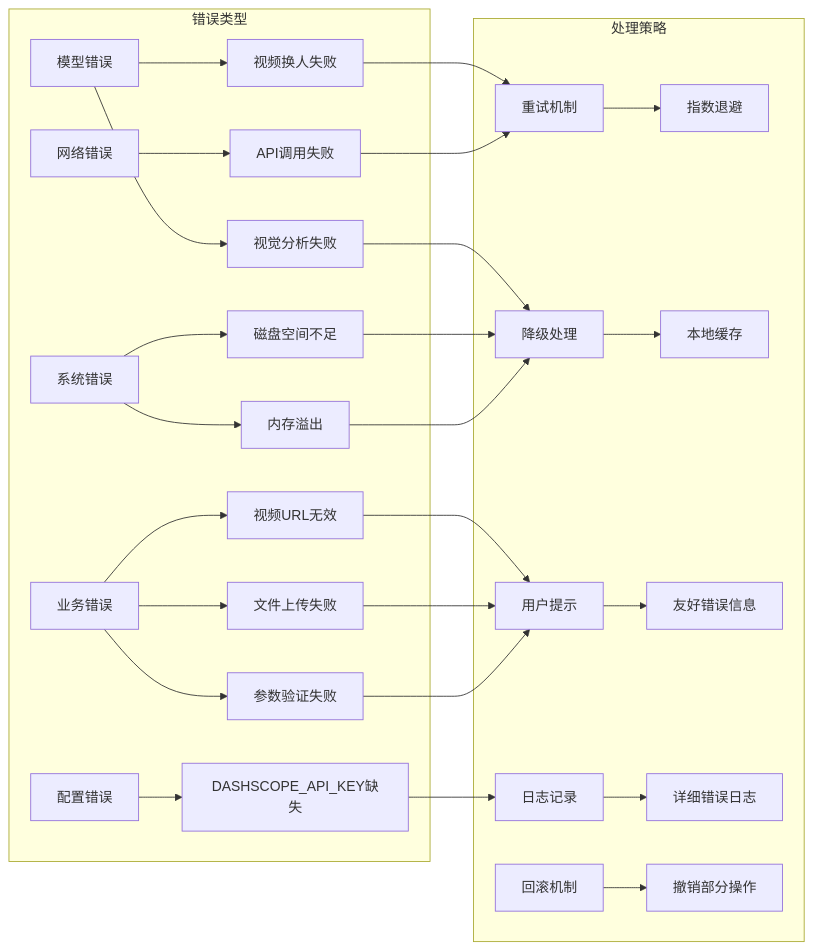
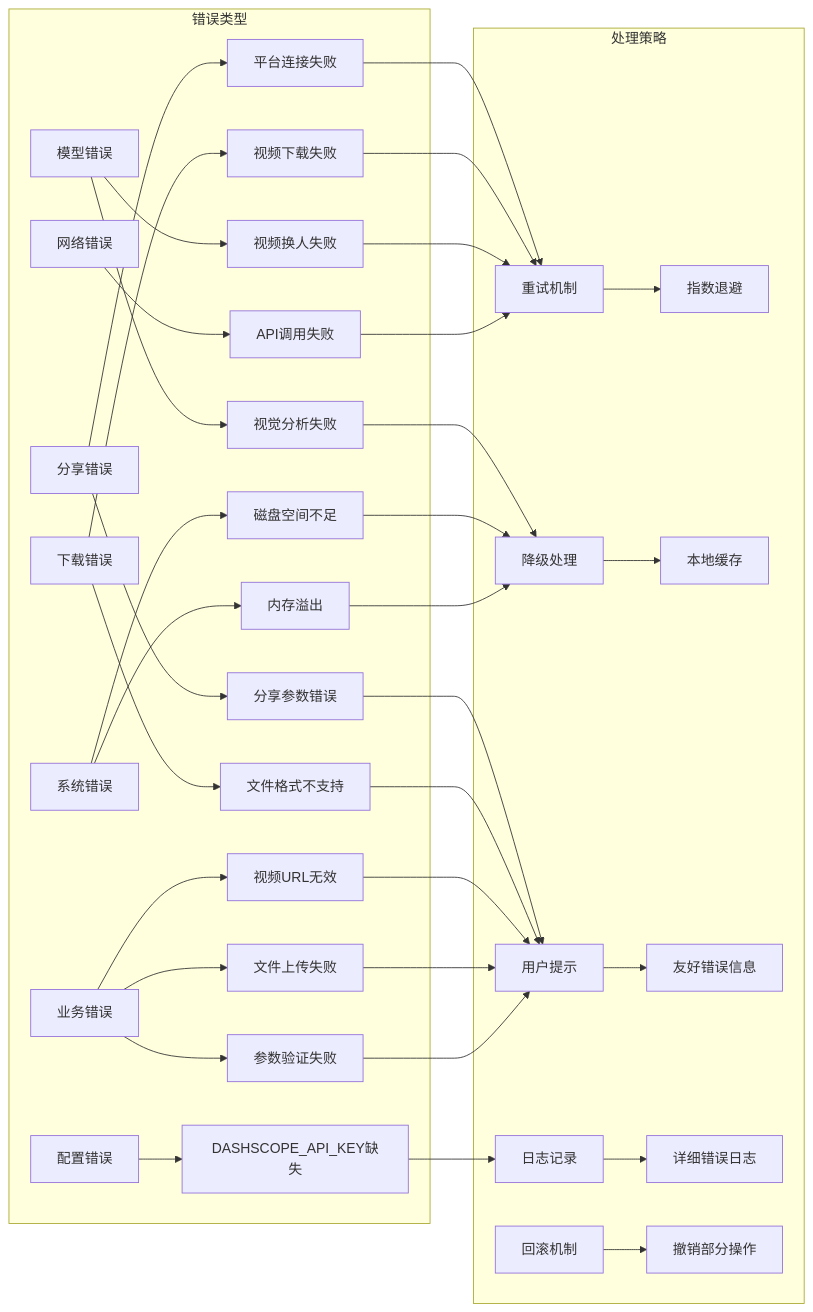
One commit to zuozuoliu740-cmd/xianxiong-news changed the sixth of 8 diagrams in .qoder/repowiki/zh/content/Dashscope Integration.md. Above: the diagram before and after it, drawn with Mermaid. The commit also changed other lines of this file and 20 other files, not shown here.

````diff
--- a/.qoder/repowiki/zh/content/Dashscope Integration.md
+++ b/.qoder/repowiki/zh/content/Dashscope Integration.md
@@ -330,30 +396,38 @@
 ```mermaid
 graph LR
 subgraph "错误类型"
 A[配置错误] --> A1[DASHSCOPE_API_KEY缺失]
 B[网络错误] --> B1[API调用失败]
 C[业务错误] --> C1[参数验证失败]
 C --> C2[文件上传失败]
 C --> C3[视频URL无效]
 D[系统错误] --> D1[内存溢出]
 D --> D2[磁盘空间不足]
 E[模型错误] --> E1[视频换人失败]
 E --> E2[视觉分析失败]
+F[下载错误] --> F1[视频下载失败]
+F --> F2[文件格式不支持]
+G[分享错误] --> G1[平台连接失败]
+G --> G2[分享参数错误]
 end
 subgraph "处理策略"
-F[重试机制] --> F1[指数退避]
-G[降级处理] --> G1[本地缓存]
-H[用户提示] --> H1[友好错误信息]
-I[日志记录] --> I1[详细错误日志]
-J[回滚机制] --> J1[撤销部分操作]
+H[重试机制] --> H1[指数退避]
+I[降级处理] --> I1[本地缓存]
+J[用户提示] --> J1[友好错误信息]
+K[日志记录] --> K1[详细错误日志]
+L[回滚机制] --> L1[撤销部分操作]
 end
-A1 --> I
-B1 --> F
-C1 --> H
-C2 --> H
-C3 --> H
-D1 --> G
-D2 --> G
-E1 --> F
-E2 --> G
+A1 --> K
+B1 --> H
+C1 --> J
+C2 --> J
+C3 --> J
+D1 --> I
+D2 --> I
+E1 --> H
+E2 --> I
+F1 --> H
+F2 --> J
+G1 --> H
+G2 --> J
 ```
````
